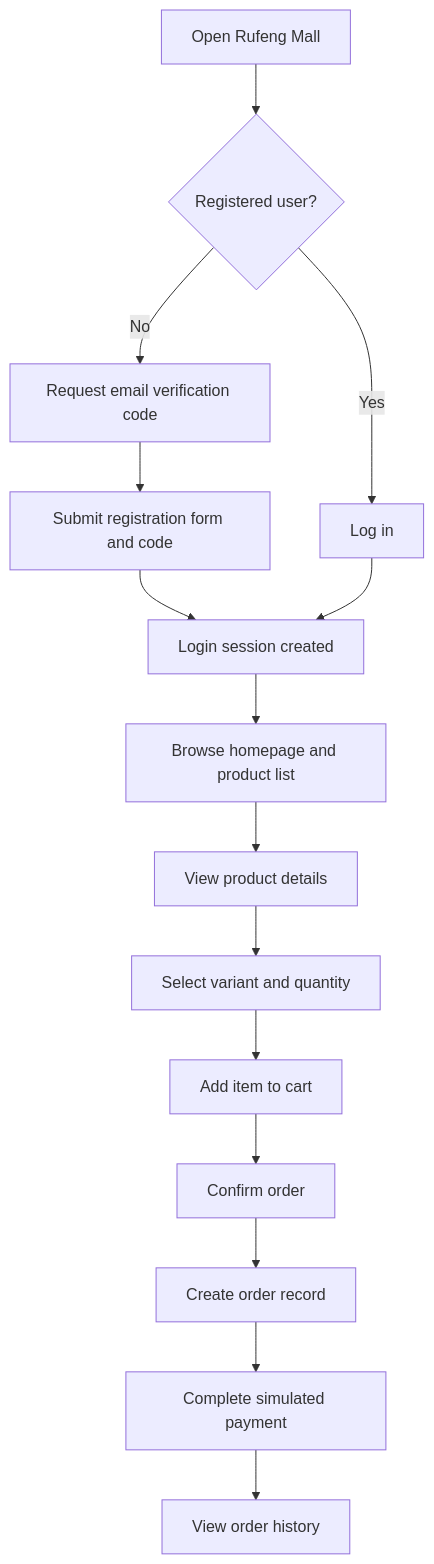
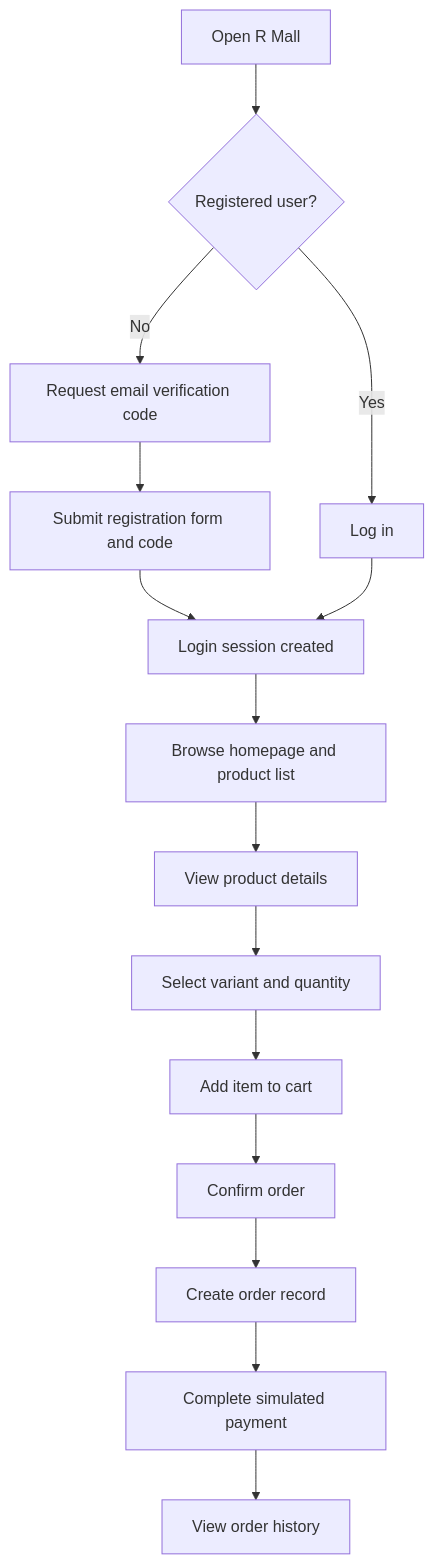
One commit to Rufeng081/project-fyp-mall changed the sixth of 8 diagrams in report/D5_update_20260628_v3.md. Above: the diagram before and after it, drawn with Mermaid. The commit also changed other lines of this file and 48 other files, not shown here.

````diff
--- a/report/D5_update_20260628_v3.md
+++ b/report/D5_update_20260628_v3.md
@@ -683,17 +683,17 @@
 ```mermaid
 flowchart TD
-    A[Open Rufeng Mall] --> B{Registered user?}
+    A[Open R Mall] --> B{Registered user?}
     B -- No --> C[Request email verification code]
     C --> D[Submit registration form and code]
     D --> E[Login session created]
     B -- Yes --> F[Log in]
     F --> E
     E --> G[Browse homepage and product list]
     G --> H[View product details]
     H --> I[Select variant and quantity]
     I --> J[Add item to cart]
     J --> K[Confirm order]
     K --> L[Create order record]
     L --> M[Complete simulated payment]
     M --> N[View order history]
 ```
````
